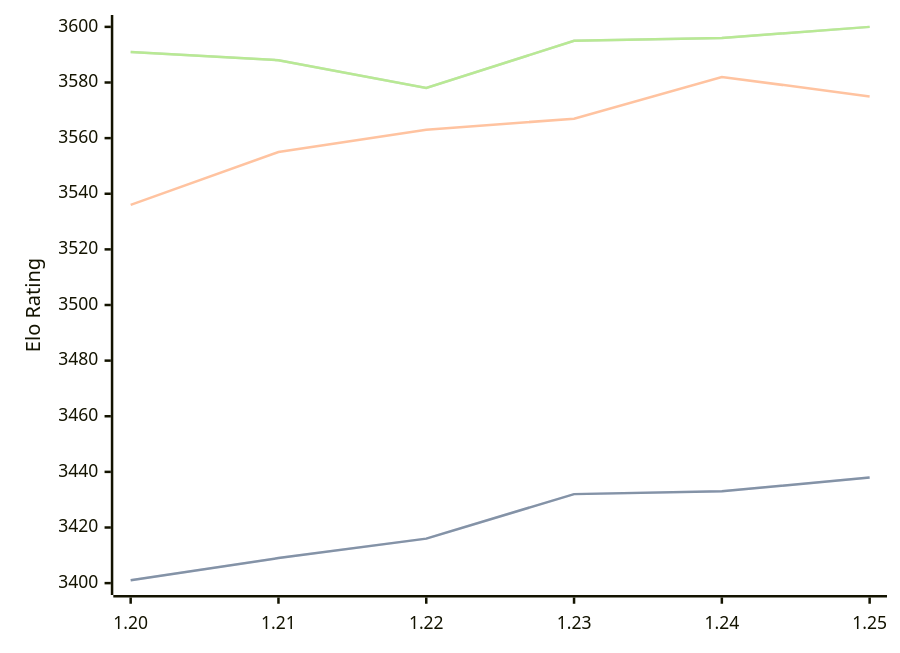
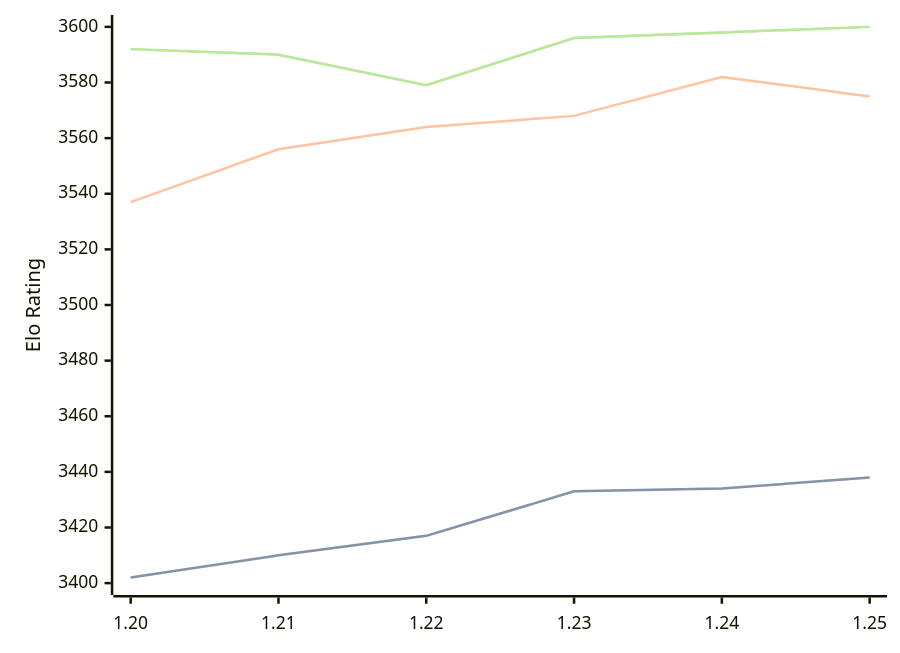
Before and after one commit to computer-chess-index/cci: the diagram in engines/Caissa.md, drawn with Mermaid. The commit also changed other lines of this file, not shown here.

Commit message:
Update CCI Ratings (ELO VLTC) - 2026-05-06

````diff
--- a/engines/Caissa.md
+++ b/engines/Caissa.md
@@ -65,11 +65,11 @@
 ```mermaid
 %%{init: {"theme":"base","themeVariables":{"seriesColors:['#a3a3a3','#222221','#faa371']}}}%%
 xychart-beta
   x-axis ["1.20", "1.21", "1.22", "1.23", "1.24", "1.25"]
   y-axis "Elo Rating" 3400 --> 3600
-  line "STC (8.0+0.08s)" [3401, 3409, 3416, 3432, 3433, 3438]
-  line "STC (8.0+0.08s)" [3401, 3409, 3416, 3432, 3433, 3438]
-  line "LTC (60.0+0.60s)" [3536, 3555, 3563, 3567, 3582, 3575]
-  line "VLTC (2m24s+1.12s)" [3591, 3588, 3578, 3595, 3596, 3600]
-  line "VLTC (2m24s+1.12s)" [3591, 3588, 3578, 3595, 3596, 3600]
+  line "STC (8.0+0.08s)" [3402, 3410, 3417, 3433, 3434, 3438]
+  line "STC (8.0+0.08s)" [3402, 3410, 3417, 3433, 3434, 3438]
+  line "LTC (60.0+0.60s)" [3537, 3556, 3564, 3568, 3582, 3575]
+  line "VLTC (2m24s+1.12s)" [3592, 3590, 3579, 3596, 3598, 3600]
+  line "VLTC (2m24s+1.12s)" [3592, 3590, 3579, 3596, 3598, 3600]
 ```
````
